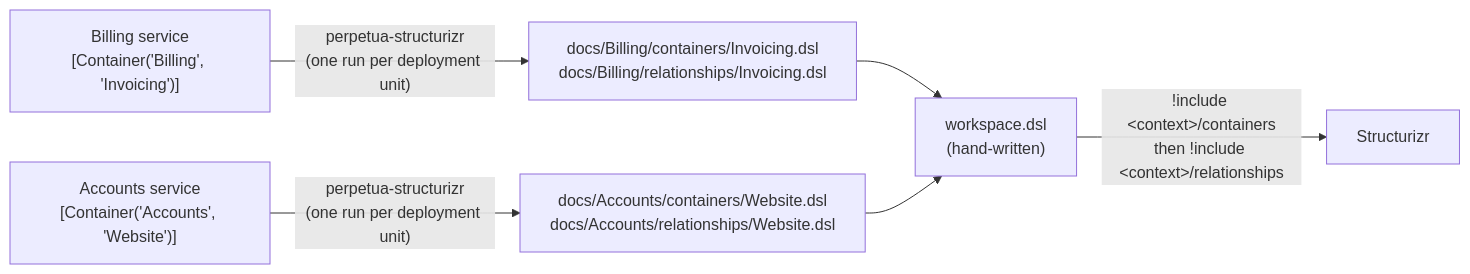
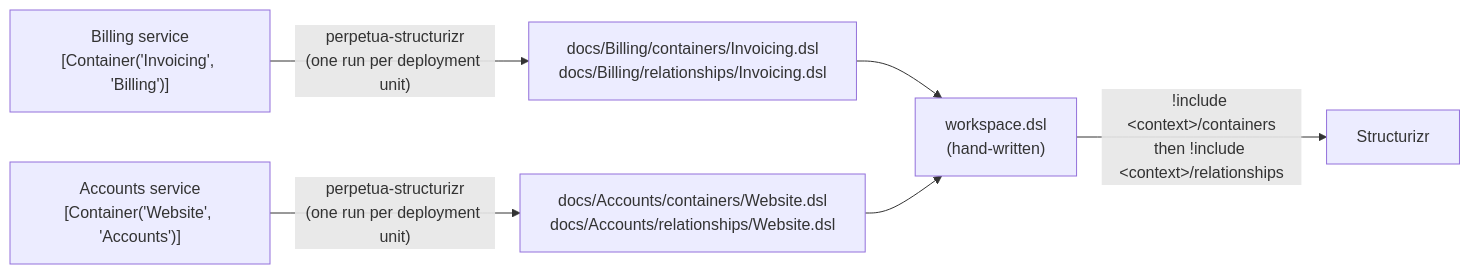
The diagram in README.md (SebaVDP/Perpetua), drawn with Mermaid before and after one commit. The commit also changed other lines of this file, not shown here.

````diff
--- a/README.md
+++ b/README.md
@@ -21,8 +21,8 @@
 ```mermaid
 flowchart LR
-    A["Billing service<br/>[Container('Billing', 'Invoicing')]"] -->|"perpetua-structurizr<br/>(one run per deployment unit)"| B["docs/Billing/containers/Invoicing.dsl<br/>docs/Billing/relationships/Invoicing.dsl"]
-    C["Accounts service<br/>[Container('Accounts', 'Website')]"] -->|"perpetua-structurizr<br/>(one run per deployment unit)"| D["docs/Accounts/containers/Website.dsl<br/>docs/Accounts/relationships/Website.dsl"]
+    A["Billing service<br/>[Container('Invoicing', 'Billing')]"] -->|"perpetua-structurizr<br/>(one run per deployment unit)"| B["docs/Billing/containers/Invoicing.dsl<br/>docs/Billing/relationships/Invoicing.dsl"]
+    C["Accounts service<br/>[Container('Website', 'Accounts')]"] -->|"perpetua-structurizr<br/>(one run per deployment unit)"| D["docs/Accounts/containers/Website.dsl<br/>docs/Accounts/relationships/Website.dsl"]
     B --> W["workspace.dsl<br/>(hand-written)"]
     D --> W
     W -->|"!include &lt;context&gt;/containers<br/>then !include &lt;context&gt;/relationships"| S["Structurizr"]
 ```
````
